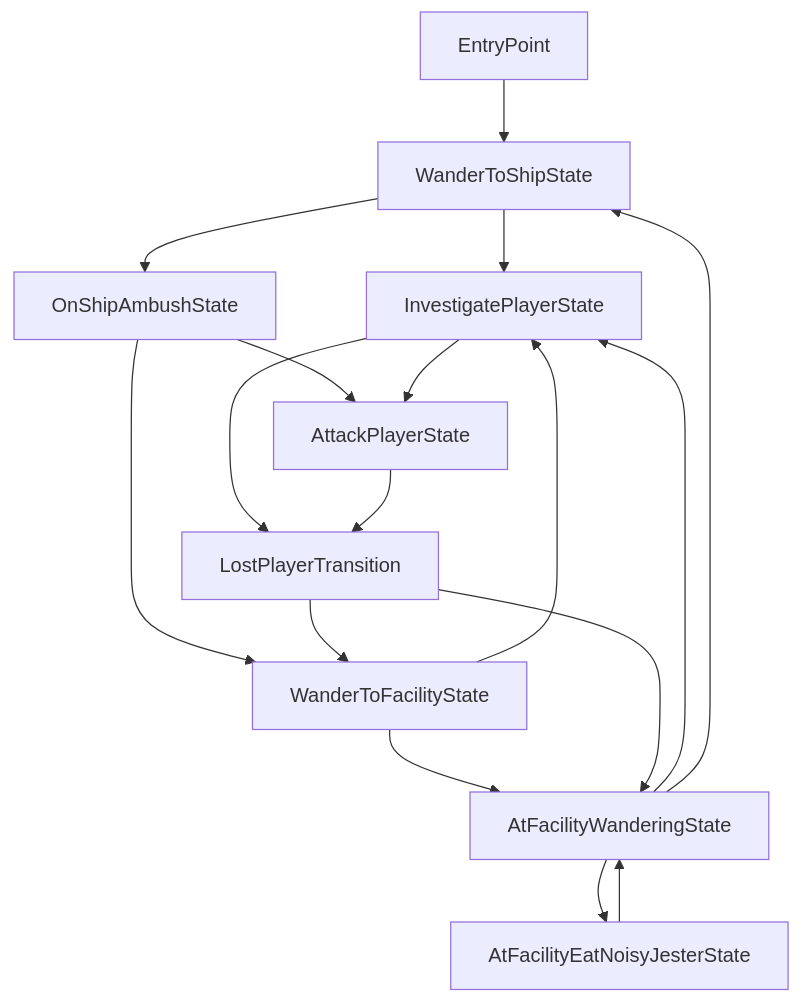
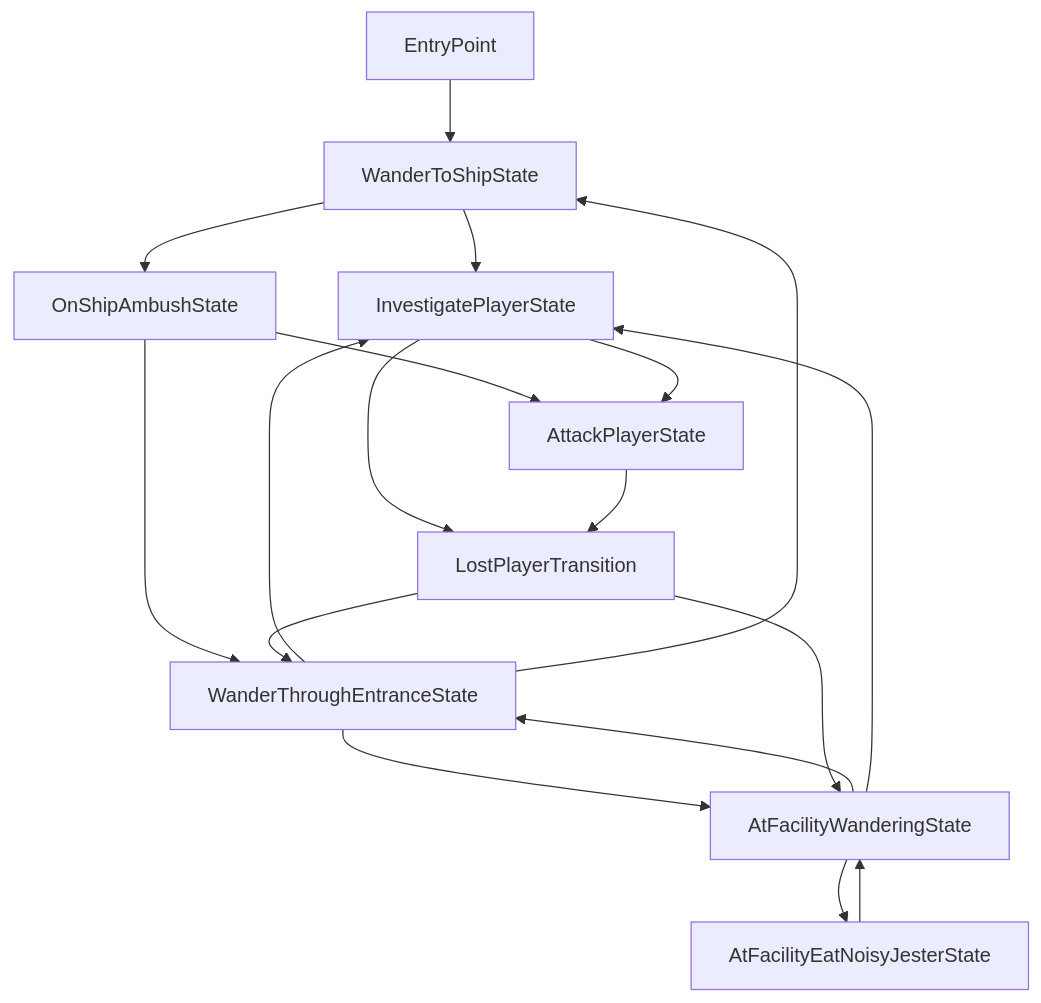
One commit to Hamunii/LC-SCP-682-Enemy changed the diagram in README.md. Above: the diagram before and after it, drawn with Mermaid. The commit also changed other lines of this file and 5 other files, not shown here.

````diff
--- a/README.md
+++ b/README.md
@@ -86,29 +88,30 @@
 ```mermaid
 graph TD;
 
-EntryPoint --> 
+EntryPoint -->
 
 WanderToShipState --> InvestigatePlayerState
 WanderToShipState --> OnShipAmbushState
 
-OnShipAmbushState --> WanderToFacilityState
+AtFacilityWanderingState --> AtFacilityEatNoisyJesterState
+AtFacilityWanderingState --> WanderThroughEntranceState
+AtFacilityWanderingState --> InvestigatePlayerState
+
+OnShipAmbushState --> WanderThroughEntranceState
 OnShipAmbushState --> AttackPlayerState
 
-WanderToFacilityState --> InvestigatePlayerState
-WanderToFacilityState --> AtFacilityWanderingState
-
-AtFacilityWanderingState --> InvestigatePlayerState
-AtFacilityWanderingState --> WanderToShipState
-AtFacilityWanderingState --> AtFacilityEatNoisyJesterState
+WanderThroughEntranceState --> InvestigatePlayerState
+WanderThroughEntranceState --> AtFacilityWanderingState
+WanderThroughEntranceState --> WanderToShipState
 
 AtFacilityEatNoisyJesterState --> AtFacilityWanderingState
 
+InvestigatePlayerState --> AttackPlayerState
 InvestigatePlayerState --> LostPlayerTransition
-InvestigatePlayerState --> AttackPlayerState
 
-LostPlayerTransition --> WanderToFacilityState
+LostPlayerTransition --> WanderThroughEntranceState
 LostPlayerTransition --> AtFacilityWanderingState
 
 AttackPlayerState --> LostPlayerTransition
 
 ```
````
